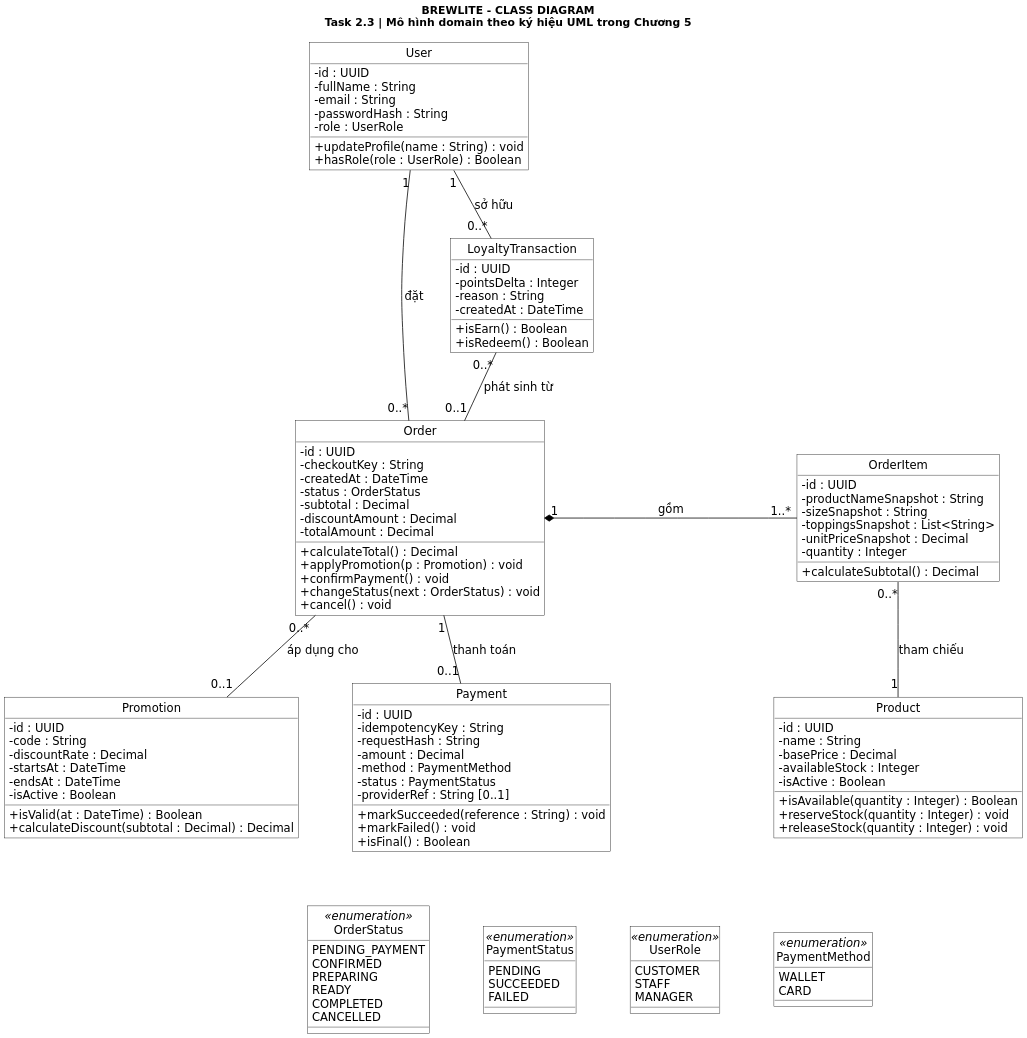
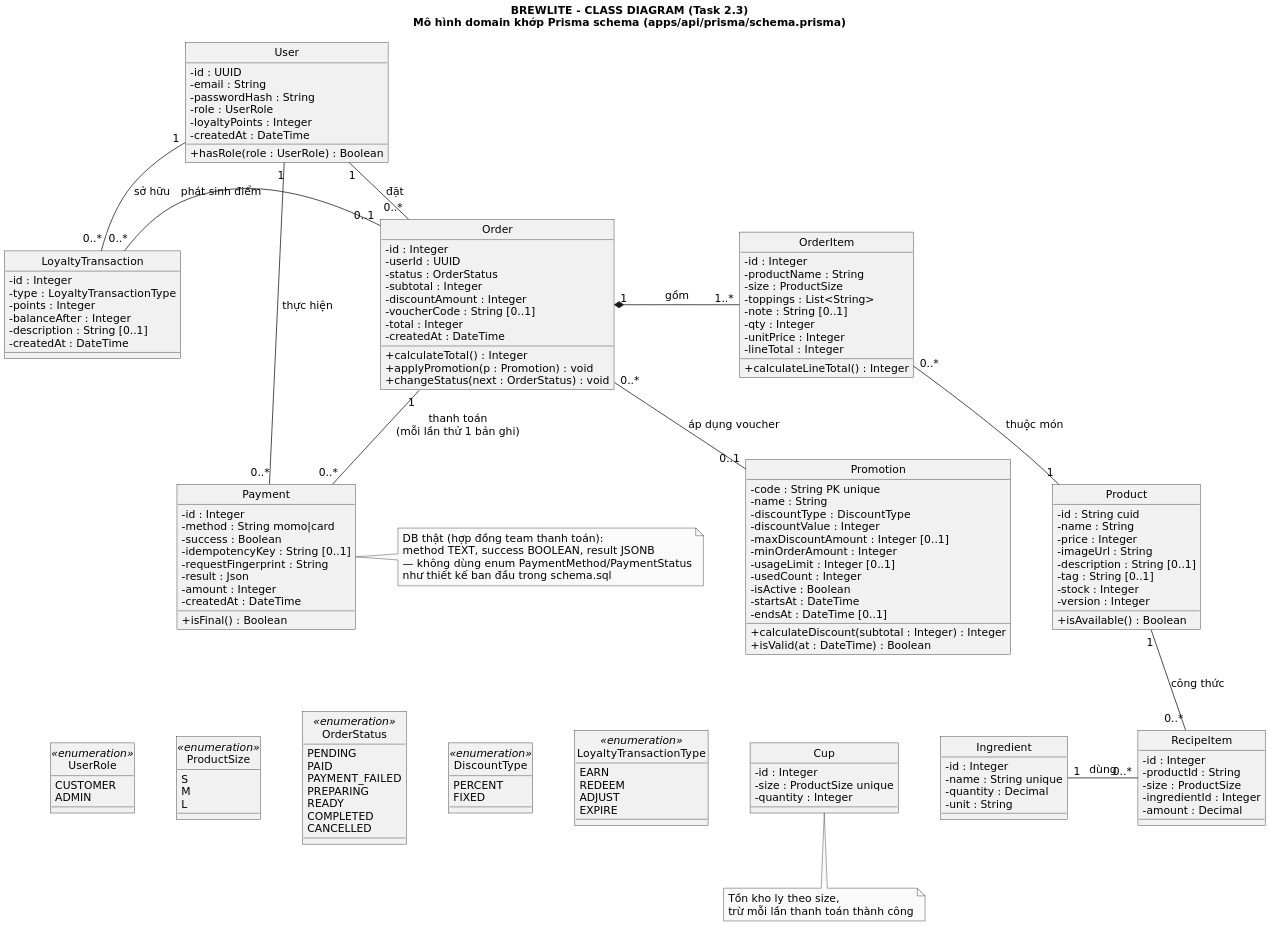
One commit to Bao3Q/PhucLong changed the diagram in docs/diagrams/Task2_3_Class.puml. Above: the diagram before and after it, drawn with PlantUML. The commit also changed 16 other files, not shown here.

Commit message:
cap nhat readme task 3 va use case diagram

```diff
--- a/docs/diagrams/Task2_3_Class.puml
+++ b/docs/diagrams/Task2_3_Class.puml
@@ -1,137 +1,176 @@
-@startuml
+@startuml Task2_3_Class
 skinparam backgroundColor white
 skinparam monochrome true
 skinparam shadowing false
 skinparam roundCorner 0
 skinparam defaultFontName DejaVu Sans
-skinparam defaultFontSize 15
+skinparam defaultFontSize 14
 skinparam classAttributeIconSize 0
-skinparam classBackgroundColor white
-skinparam classBorderColor black
-skinparam ArrowColor black
-skinparam nodesep 70
-skinparam ranksep 70
+skinparam nodesep 55
+skinparam ranksep 55
 skinparam dpi 180
 hide circle
 
-title BREWLITE - CLASS DIAGRAM\nTask 2.3 | Mô hình domain theo ký hiệu UML trong Chương 5
+title BREWLITE - CLASS DIAGRAM (Task 2.3)\nMô hình domain khớp Prisma schema (apps/api/prisma/schema.prisma)
 
 class User {
- - id : UUID
- - fullName : String
- - email : String
- - passwordHash : String
- - role : UserRole
- + updateProfile(name : String) : void
- + hasRole(role : UserRole) : Boolean
+  - id : UUID
+  - email : String
+  - passwordHash : String
+  - role : UserRole
+  - loyaltyPoints : Integer
+  - createdAt : DateTime
+  + hasRole(role : UserRole) : Boolean
 }
 class Order {
- - id : UUID
- - checkoutKey : String
- - createdAt : DateTime
- - status : OrderStatus
- - subtotal : Decimal
- - discountAmount : Decimal
- - totalAmount : Decimal
- + calculateTotal() : Decimal
- + applyPromotion(p : Promotion) : void
- + confirmPayment() : void
- + changeStatus(next : OrderStatus) : void
- + cancel() : void
+  - id : Integer
+  - userId : UUID
+  - status : OrderStatus
+  - subtotal : Integer
+  - discountAmount : Integer
+  - voucherCode : String [0..1]
+  - total : Integer
+  - createdAt : DateTime
+  + calculateTotal() : Integer
+  + applyPromotion(p : Promotion) : void
+  + changeStatus(next : OrderStatus) : void
 }
 class OrderItem {
- - id : UUID
- - productNameSnapshot : String
- - sizeSnapshot : String
- - toppingsSnapshot : List<String>
- - unitPriceSnapshot : Decimal
- - quantity : Integer
- + calculateSubtotal() : Decimal
+  - id : Integer
+  - productName : String
+  - size : ProductSize
+  - toppings : List<String>
+  - note : String [0..1]
+  - qty : Integer
+  - unitPrice : Integer
+  - lineTotal : Integer
+  + calculateLineTotal() : Integer
 }
 class Product {
- - id : UUID
- - name : String
- - basePrice : Decimal
- - availableStock : Integer
- - isActive : Boolean
- + isAvailable(quantity : Integer) : Boolean
- + reserveStock(quantity : Integer) : void
- + releaseStock(quantity : Integer) : void
+  - id : String cuid
+  - name : String
+  - price : Integer
+  - imageUrl : String
+  - description : String [0..1]
+  - tag : String [0..1]
+  - stock : Integer
+  - version : Integer
+  + isAvailable() : Boolean
 }
 class Payment {
- - id : UUID
- - idempotencyKey : String
- - requestHash : String
- - amount : Decimal
- - method : PaymentMethod
- - status : PaymentStatus
- - providerRef : String [0..1]
- + markSucceeded(reference : String) : void
- + markFailed() : void
- + isFinal() : Boolean
+  - id : Integer
+  - method : String momo|card
+  - success : Boolean
+  - idempotencyKey : String [0..1]
+  - requestFingerprint : String
+  - result : Json
+  - amount : Integer
+  - createdAt : DateTime
+  + isFinal() : Boolean
 }
 class Promotion {
- - id : UUID
- - code : String
- - discountRate : Decimal
- - startsAt : DateTime
- - endsAt : DateTime
- - isActive : Boolean
- + isValid(at : DateTime) : Boolean
- + calculateDiscount(subtotal : Decimal) : Decimal
+  - code : String PK unique
+  - name : String
+  - discountType : DiscountType
+  - discountValue : Integer
+  - maxDiscountAmount : Integer [0..1]
+  - minOrderAmount : Integer
+  - usageLimit : Integer [0..1]
+  - usedCount : Integer
+  - isActive : Boolean
+  - startsAt : DateTime
+  - endsAt : DateTime [0..1]
+  + calculateDiscount(subtotal : Integer) : Integer
+  + isValid(at : DateTime) : Boolean
 }
 class LoyaltyTransaction {
- - id : UUID
- - pointsDelta : Integer
- - reason : String
- - createdAt : DateTime
- + isEarn() : Boolean
- + isRedeem() : Boolean
+  - id : Integer
+  - type : LoyaltyTransactionType
+  - points : Integer
+  - balanceAfter : Integer
+  - description : String [0..1]
+  - createdAt : DateTime
+}
+class RecipeItem {
+  - id : Integer
+  - productId : String
+  - size : ProductSize
+  - ingredientId : Integer
+  - amount : Decimal
+}
+class Ingredient {
+  - id : Integer
+  - name : String unique
+  - quantity : Decimal
+  - unit : String
+}
+class Cup {
+  - id : Integer
+  - size : ProductSize unique
+  - quantity : Integer
 }
 
 User "1" -right- "0..*" Order : đặt
 Order "1" *-right- "1..*" OrderItem : gồm
-OrderItem "0..*" -down- "1" Product : tham chiếu
-Order "1" -down- "0..1" Payment : thanh toán
-Promotion "0..1" -up- "0..*" Order : áp dụng cho
+OrderItem "0..*" -down- "1" Product : thuộc món
+User "1" -down- "0..*" Payment : thực hiện
+Order "1" -down- "0..*" Payment : thanh toán\n(mỗi lần thử 1 bản ghi)
+Order "0..*" -down- "0..1" Promotion : áp dụng voucher
 User "1" -down- "0..*" LoyaltyTransaction : sở hữu
-LoyaltyTransaction "0..*" -- "0..1" Order : phát sinh từ
-
-Promotion -[hidden]right- Payment
-Payment -[hidden]right- Product
-LoyaltyTransaction -[hidden]right- Promotion
+Order "0..1" -left- "0..*" LoyaltyTransaction : phát sinh điểm
+Product "1" -down- "0..*" RecipeItem : công thức
+Ingredient "1" -right- "0..*" RecipeItem : dùng
 
 together {
- enum UserRole <<enumeration>> {
-  CUSTOMER
-  STAFF
-  MANAGER
- }
- enum OrderStatus <<enumeration>> {
-  PENDING_PAYMENT
-  CONFIRMED
-  PREPARING
-  READY
-  COMPLETED
-  CANCELLED
- }
- enum PaymentStatus <<enumeration>> {
-  PENDING
-  SUCCEEDED
-  FAILED
- }
- enum PaymentMethod <<enumeration>> {
-  WALLET
-  CARD
- }
+  enum UserRole <<enumeration>> {
+    CUSTOMER
+    ADMIN
+  }
+  enum ProductSize <<enumeration>> {
+    S
+    M
+    L
+  }
+  enum OrderStatus <<enumeration>> {
+    PENDING
+    PAID
+    PAYMENT_FAILED
+    PREPARING
+    READY
+    COMPLETED
+    CANCELLED
+  }
+  enum DiscountType <<enumeration>> {
+    PERCENT
+    FIXED
+  }
+  enum LoyaltyTransactionType <<enumeration>> {
+    EARN
+    REDEEM
+    ADJUST
+    EXPIRE
+  }
 }
+
+note right of Payment
+  DB thật (hợp đồng team thanh toán):
+  method TEXT, success BOOLEAN, result JSONB
+  — không dùng enum PaymentMethod/PaymentStatus
+  như thiết kế ban đầu trong schema.sql
+end note
+note bottom of Cup
+  Tồn kho ly theo size,
+  trừ mỗi lần thanh toán thành công
+end note
+
+Cup -[hidden]right- Ingredient
 LoyaltyTransaction -[hidden]down- UserRole
-Promotion -[hidden]down- OrderStatus
-Payment -[hidden]down- PaymentStatus
-Product -[hidden]down- PaymentMethod
-UserRole -[hidden]right- OrderStatus
-OrderStatus -[hidden]right- PaymentStatus
-PaymentStatus -[hidden]right- PaymentMethod
-
+Promotion -[hidden]down- DiscountType
+Payment -[hidden]down- OrderStatus
+Product -[hidden]down- ProductSize
+UserRole -[hidden]right- ProductSize
+ProductSize -[hidden]right- OrderStatus
+OrderStatus -[hidden]right- DiscountType
+DiscountType -[hidden]right- LoyaltyTransactionType
 
 @enduml
```
